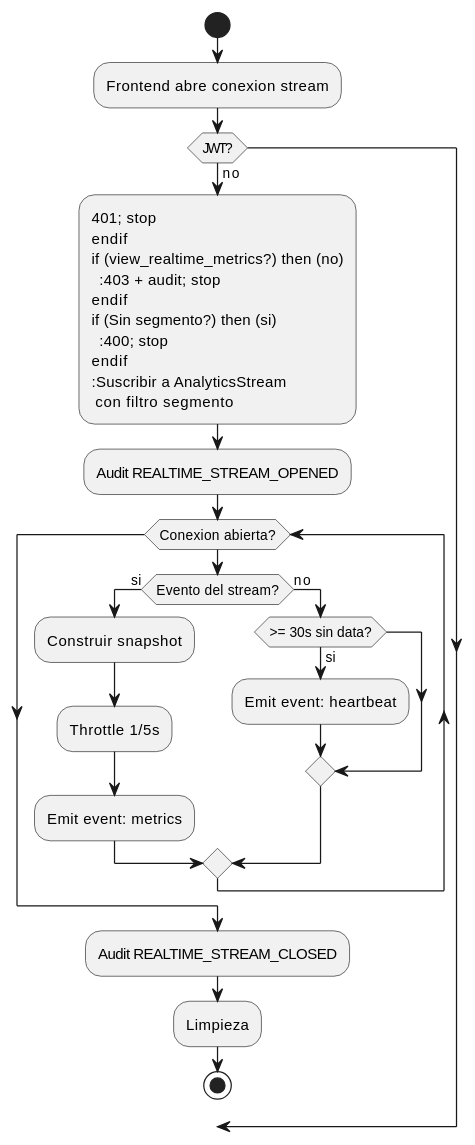
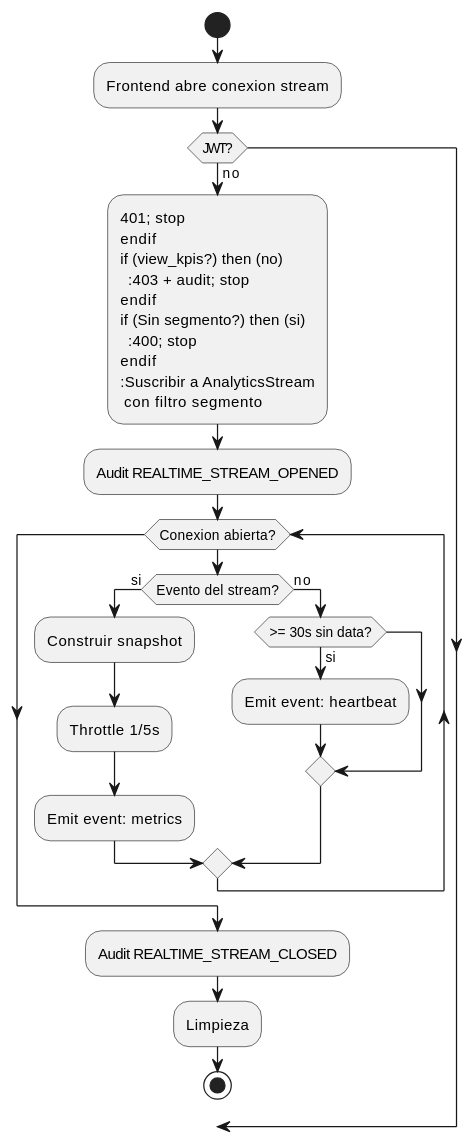
One commit to jcg-admin/IACT-docs changed the second of 4 diagrams in source/requisitos/casos-uso/reports/uc-rpt-02/diagramas-uml.rst. Above: the diagram before and after it, drawn with PlantUML. The commit also changed other lines of this file and 157 other files, not shown here.

First line of the commit message:
Enforce catalog function names across all diagrams

```diff
--- a/source/requisitos/casos-uso/reports/uc-rpt-02/diagramas-uml.rst
+++ b/source/requisitos/casos-uso/reports/uc-rpt-02/diagramas-uml.rst
@@ -42,37 +42,37 @@
 .. uml::
  :caption: UC_RPT_02 — flujo
 
  @startuml
 
  start
  :Frontend abre conexion stream;
  if (JWT?) then (no)
    :401; stop
  endif
- if (view_realtime_metrics?) then (no)
+ if (view_kpis?) then (no)
    :403 + audit; stop
  endif
  if (Sin segmento?) then (si)
    :400; stop
  endif
  :Suscribir a AnalyticsStream
   con filtro segmento;
  :Audit REALTIME_STREAM_OPENED;
 
  while (Conexion abierta?)
    if (Evento del stream?) then (si)
      :Construir snapshot;
      :Throttle 1/5s;
      :Emit event: metrics;
    else (no)
      if (>= 30s sin data?) then (si)
        :Emit event: heartbeat;
      endif
    endif
  endwhile
 
  :Audit REALTIME_STREAM_CLOSED;
  :Limpieza;
  stop
 
  @enduml
```
